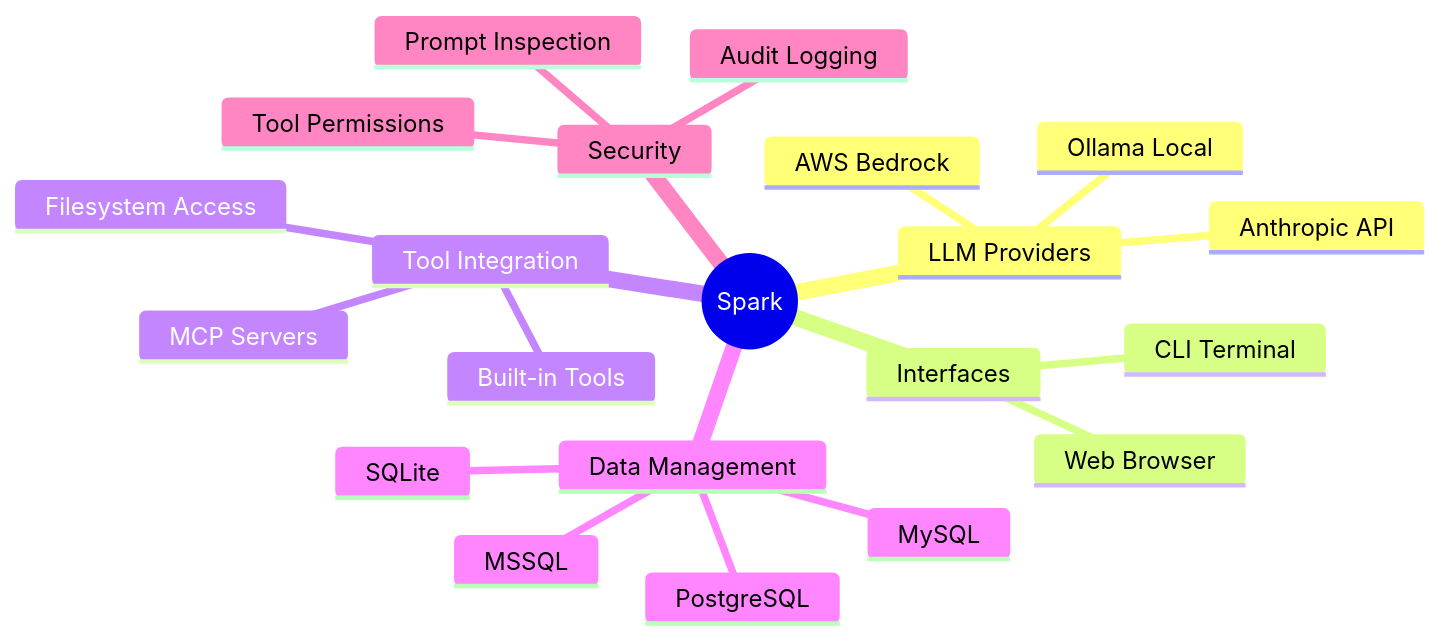
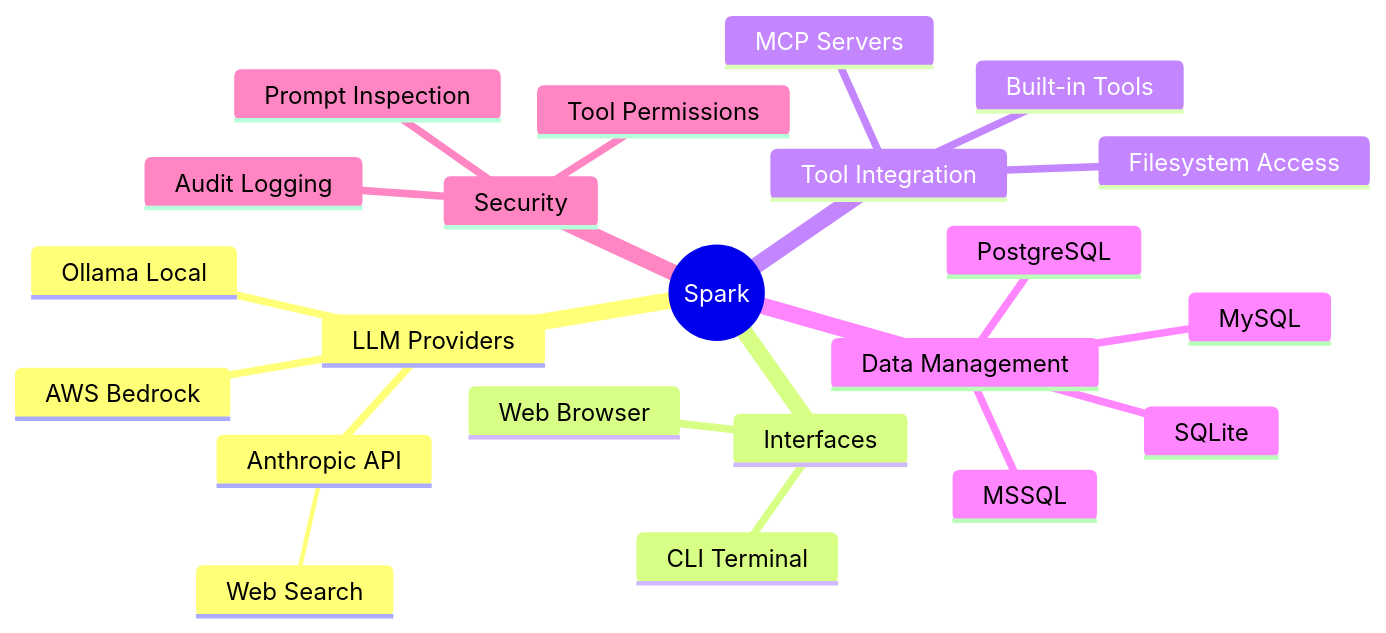
Before and after one commit to Digital-Thought/dtSpark: the first of 3 diagrams in docs/index.md, drawn with Mermaid. The commit also changed other lines of this file and 22 other files, not shown here.

First line of the commit message:
Add Anthropic Web Search integration with hierarchical control

````diff
--- a/docs/index.md
+++ b/docs/index.md
@@ -15,24 +15,25 @@
 ```mermaid
 mindmap
   root((Spark))
     LLM Providers
       AWS Bedrock
       Anthropic API
+        Web Search
       Ollama Local
     Interfaces
       CLI Terminal
       Web Browser
     Tool Integration
       MCP Servers
       Built-in Tools
       Filesystem Access
     Data Management
       SQLite
       MySQL
       PostgreSQL
       MSSQL
     Security
       Prompt Inspection
       Tool Permissions
       Audit Logging
 ```
````
